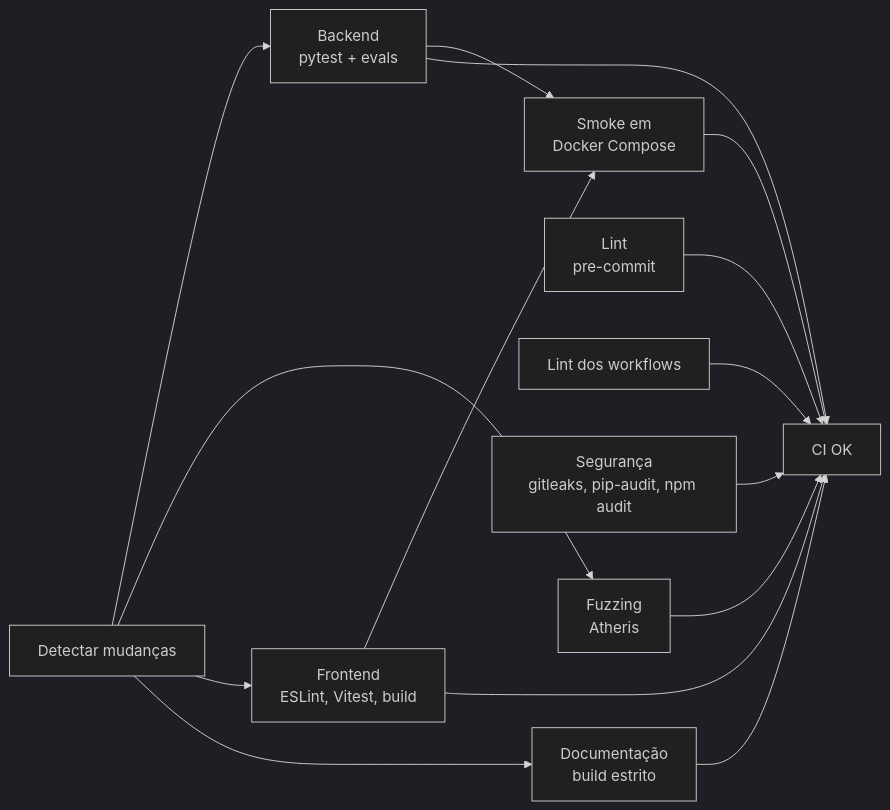
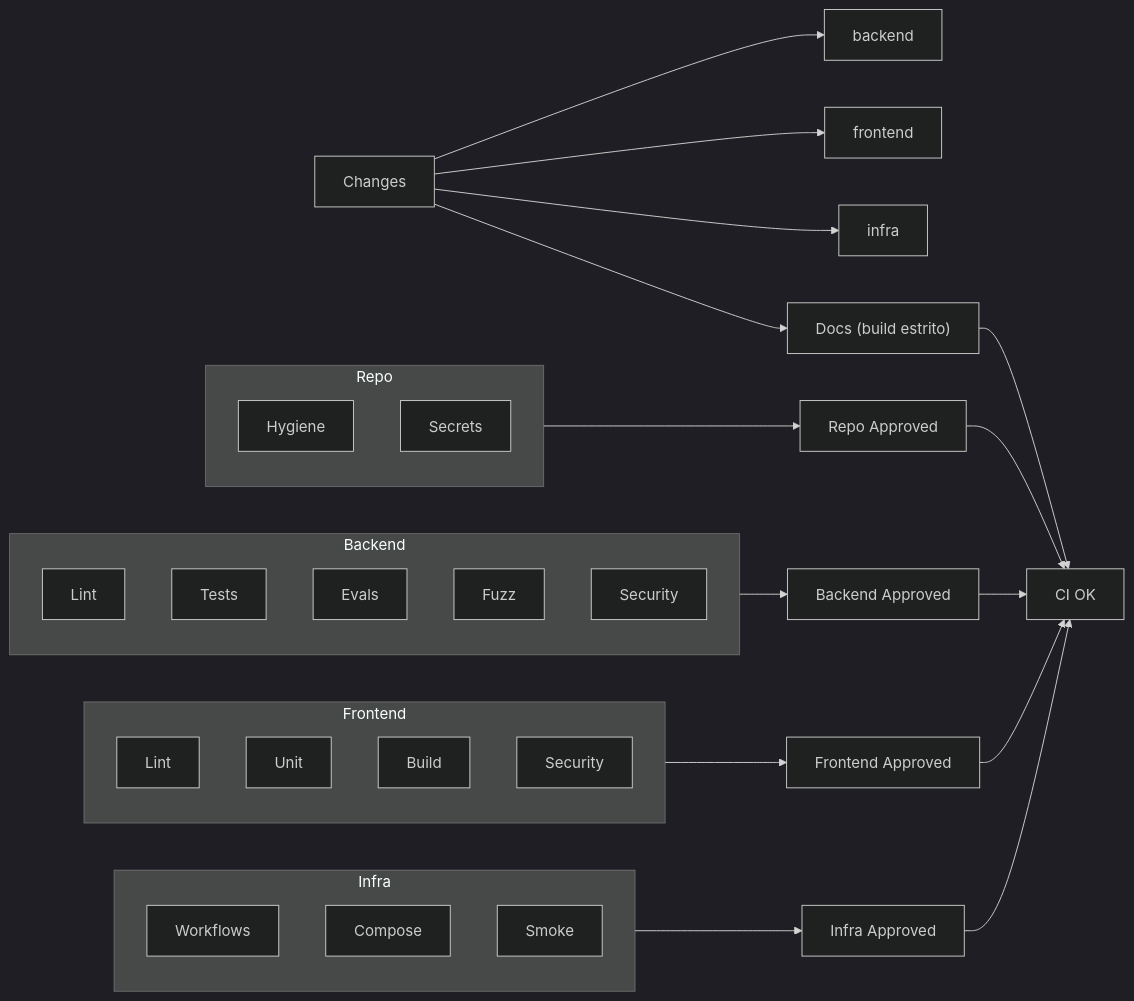
The diagram in docs/development/devops.md (conformia-bndes/conformia-platform), drawn with Mermaid (dark theme) before and after one commit. The commit also changed other lines of this file and 14 other files, not shown here.

````diff
--- a/docs/development/devops.md
+++ b/docs/development/devops.md
@@ -37,17 +37,35 @@
 ```mermaid
 flowchart LR
-    changes["Detectar mudanças"] --> backend["Backend<br/>pytest + evals"]
-    changes --> fuzz["Fuzzing<br/>Atheris"]
-    changes --> frontend["Frontend<br/>ESLint, Vitest, build"]
-    changes --> docs["Documentação<br/>build estrito"]
-    lint["Lint<br/>pre-commit"] --> ok
-    actionlint["Lint dos workflows"] --> ok
-    security["Segurança<br/>gitleaks, pip-audit, npm audit"] --> ok
-    backend --> smoke["Smoke em<br/>Docker Compose"]
-    frontend --> smoke
-    backend --> ok["CI OK"]
-    fuzz --> ok
-    frontend --> ok
-    docs --> ok
-    smoke --> ok
+    changes["Changes"] --> backend & frontend & infra & docs
+    subgraph Repo
+        direction TB
+        hy["Hygiene"]
+        se["Secrets"]
+    end
+    subgraph Backend
+        direction TB
+        bl["Lint"]
+        bt["Tests"]
+        be["Evals"]
+        bf["Fuzz"]
+        bs["Security"]
+    end
+    subgraph Frontend
+        direction TB
+        fl["Lint"]
+        fu["Unit"]
+        fb["Build"]
+        fs["Security"]
+    end
+    subgraph Infra
+        direction TB
+        iw["Workflows"]
+        ic["Compose"]
+        im["Smoke"]
+    end
+    Repo --> ra["Repo Approved"] --> ok["CI OK"]
+    Backend --> ba["Backend Approved"] --> ok
+    Frontend --> fa["Frontend Approved"] --> ok
+    Infra --> ia["Infra Approved"] --> ok
+    docs["Docs (build estrito)"] --> ok
 ```
````
